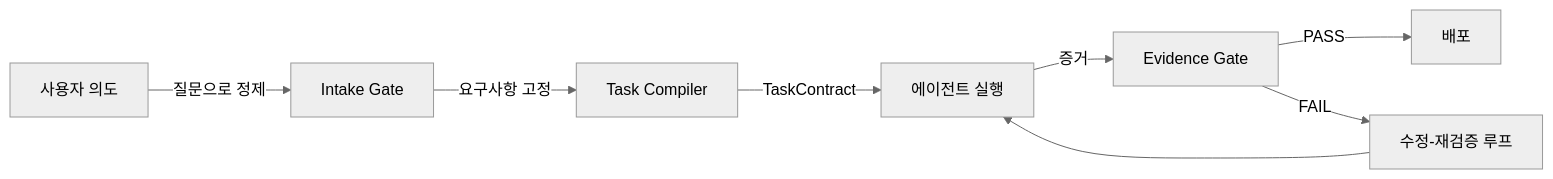
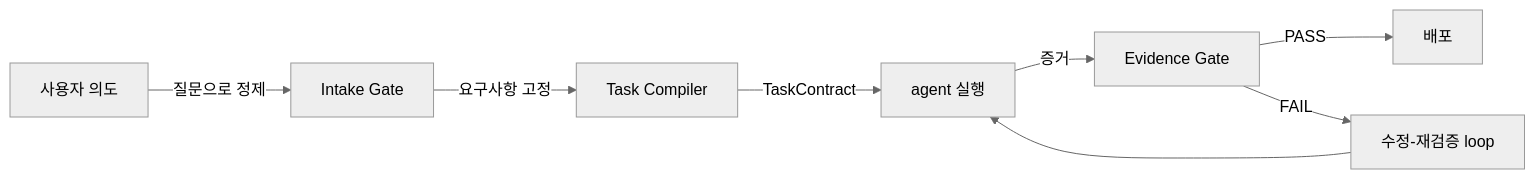
One commit to choam2426/geas changed the diagram in README.ko.md. Above: the diagram before and after it, drawn with Mermaid (neutral theme). The commit also changed other lines of this file and 5 other files, not shown here.

````diff
--- a/README.ko.md
+++ b/README.ko.md
@@ -92,10 +92,10 @@
 ```mermaid
 graph LR
     A[사용자 의도] -->|질문으로 정제| B[Intake Gate]
     B -->|요구사항 고정| C[Task Compiler]
-    C -->|TaskContract| D[에이전트 실행]
+    C -->|TaskContract| D[agent 실행]
     D -->|증거| E[Evidence Gate]
     E -->|PASS| F[배포]
-    E -->|FAIL| G[수정-재검증 루프]
+    E -->|FAIL| G[수정-재검증 loop]
     G --> D
 ```
````
